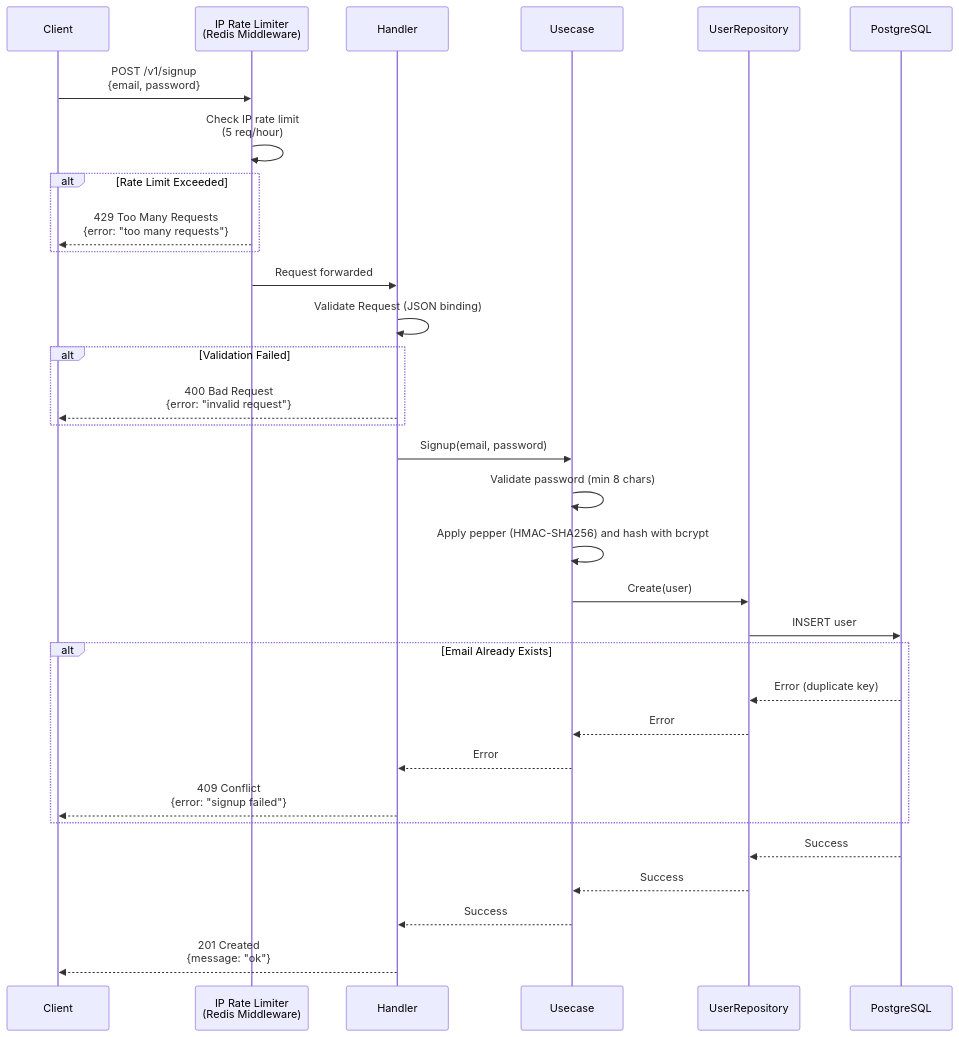
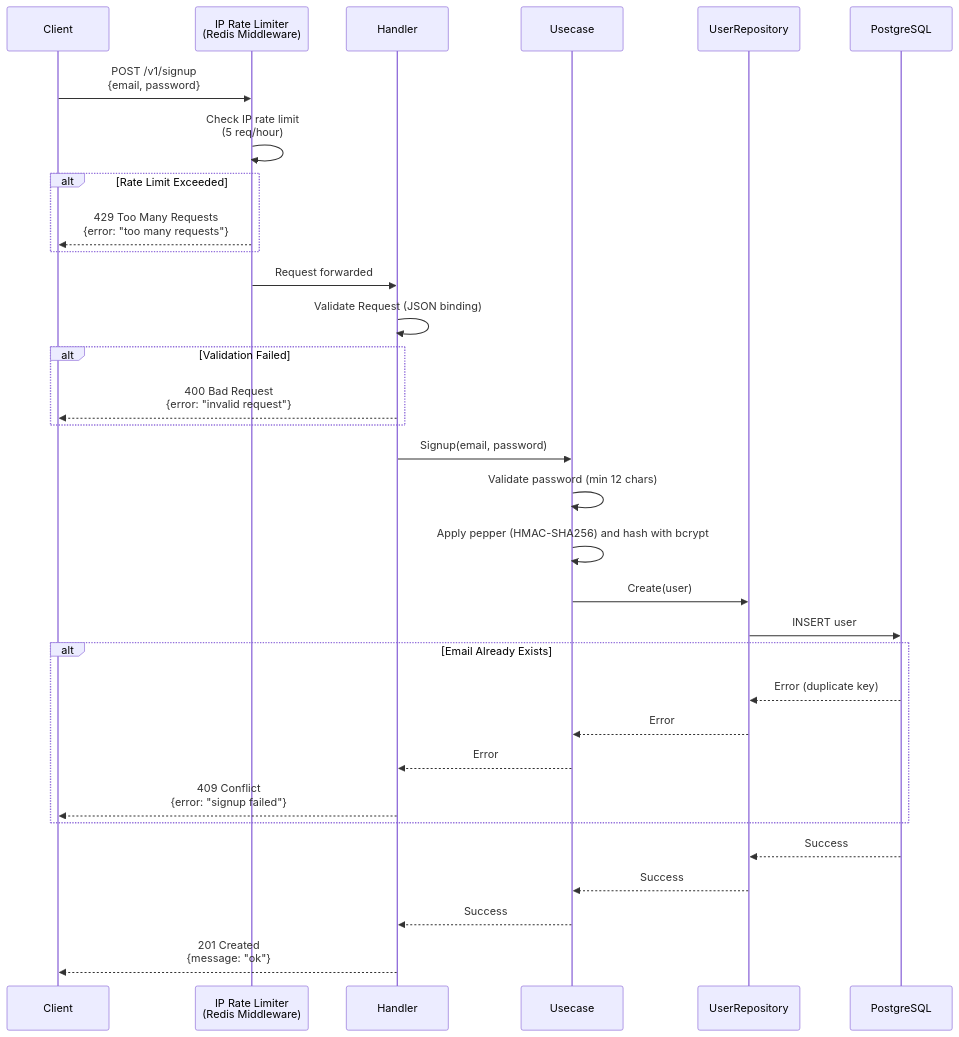
One commit to UCHIDAnobuhiro/stock-backend changed the first of 6 diagrams in docs/features/auth.md. Above: the diagram before and after it, drawn with Mermaid. The commit also changed other lines of this file and 9 other files, not shown here.

````diff
--- a/docs/features/auth.md
+++ b/docs/features/auth.md
@@ -20,41 +20,41 @@
 ```mermaid
 sequenceDiagram
     participant Client
     participant RateLimit as IP Rate Limiter<br/>(Redis Middleware)
     participant Handler as Handler
     participant Usecase as Usecase
     participant Repository as UserRepository
     participant DB as PostgreSQL
 
     Client->>RateLimit: POST /v1/signup<br/>{email, password}
     RateLimit->>RateLimit: Check IP rate limit<br/>(5 req/hour)
 
     alt Rate Limit Exceeded
         RateLimit-->>Client: 429 Too Many Requests<br/>{error: "too many requests"}
     end
 
     RateLimit->>Handler: Request forwarded
     Handler->>Handler: Validate Request (JSON binding)
 
     alt Validation Failed
         Handler-->>Client: 400 Bad Request<br/>{error: "invalid request"}
     end
 
     Handler->>Usecase: Signup(email, password)
-    Usecase->>Usecase: Validate password (min 8 chars)
+    Usecase->>Usecase: Validate password (min 12 chars)
     Usecase->>Usecase: Apply pepper (HMAC-SHA256) and hash with bcrypt
     Usecase->>Repository: Create(user)
     Repository->>DB: INSERT user
 
     alt Email Already Exists
         DB-->>Repository: Error (duplicate key)
         Repository-->>Usecase: Error
         Usecase-->>Handler: Error
         Handler-->>Client: 409 Conflict<br/>{error: "signup failed"}
     end
 
     DB-->>Repository: Success
     Repository-->>Usecase: Success
     Usecase-->>Handler: Success
     Handler-->>Client: 201 Created<br/>{message: "ok"}
 ```
````
